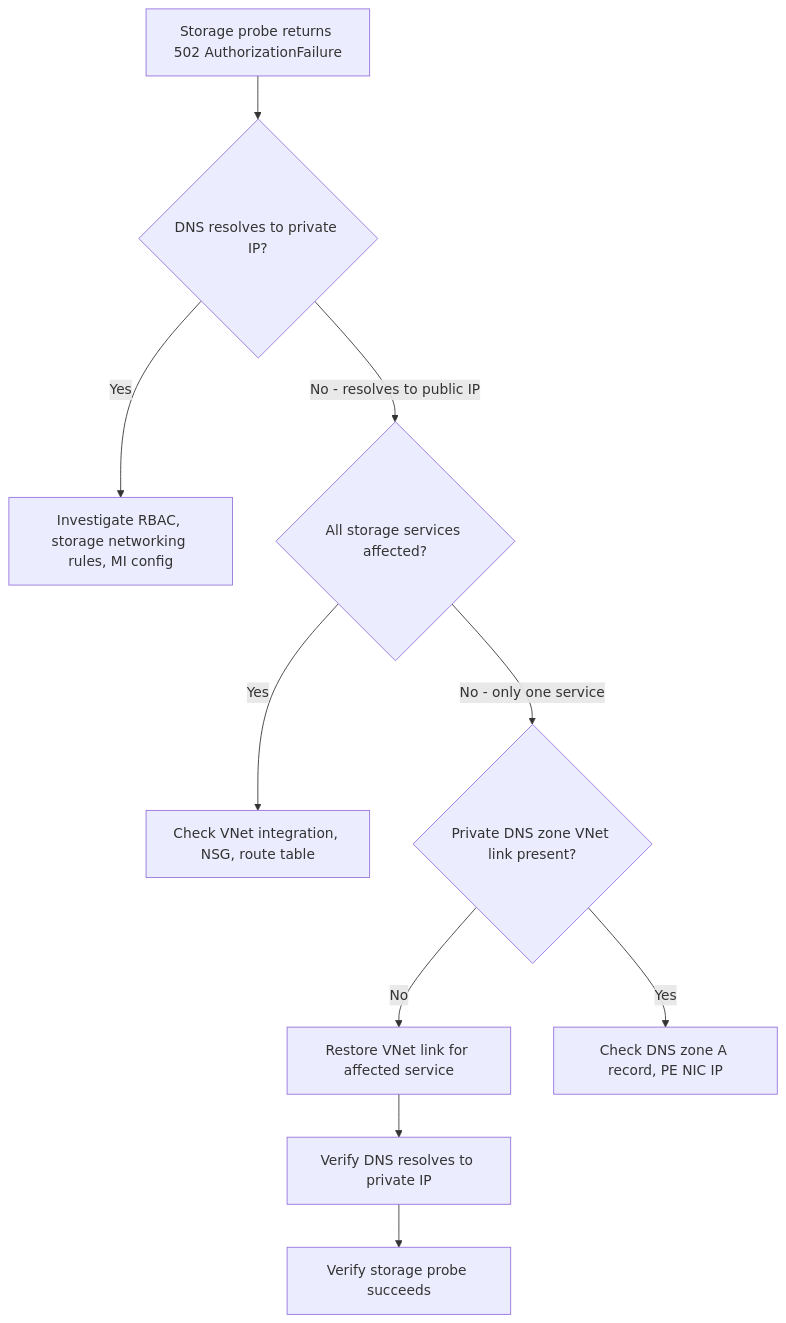
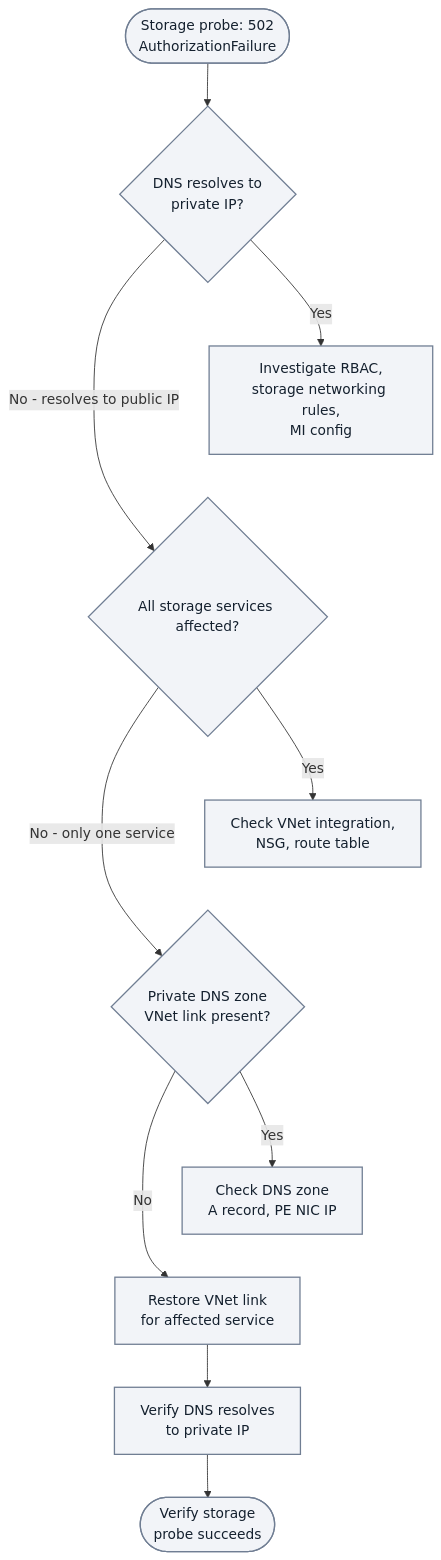
The fourth of 5 diagrams in docs/troubleshooting/lab-guides/dns-vnet-resolution.md (yeongseon/azure-functions-practical-guide), drawn with Mermaid before and after one commit. The commit also changed other lines of this file and 1 other file, not shown here.

First line of the commit message:
docs(diagrams): migrate Functions lab storage network auth — dns vnet resolution (#450)

````diff
--- a/docs/troubleshooting/lab-guides/dns-vnet-resolution.md
+++ b/docs/troubleshooting/lab-guides/dns-vnet-resolution.md
@@ -586,12 +624,20 @@
 ```mermaid
 flowchart TD
-    A[Storage probe returns 502 AuthorizationFailure] --> B{DNS resolves to private IP?}
-    B -->|Yes| C[Investigate RBAC, storage networking rules, MI config]
+    accTitle: Storage probe DNS triage decisions
+    accDescr: Diagnostic checks, not confirmed causes. A private DNS answer routes to RBAC, storage networking and managed identity checks; public resolution routes by affected-service scope and zone-link presence, retaining every Yes/No outcome and both recovery checks.
+    A(["Storage probe: 502<br/>AuthorizationFailure"]) --> B{"DNS resolves to<br/>private IP?"}
+    B -->|Yes| C["Investigate RBAC,<br/>storage networking rules,<br/>MI config"]
     B -->|No - resolves to public IP| D{All storage services affected?}
-    D -->|Yes| E[Check VNet integration, NSG, route table]
-    D -->|No - only one service| F{Private DNS zone VNet link present?}
-    F -->|No| G[Restore VNet link for affected service]
-    F -->|Yes| H[Check DNS zone A record, PE NIC IP]
-    G --> I[Verify DNS resolves to private IP]
-    I --> J[Verify storage probe succeeds]
+    D -->|Yes| E["Check VNet integration,<br/>NSG, route table"]
+    D -->|No - only one service| F{"Private DNS zone<br/>VNet link present?"}
+    F -->|No| G["Restore VNet link<br/>for affected service"]
+    F -->|Yes| H["Check DNS zone<br/>A record, PE NIC IP"]
+    G --> I["Verify DNS resolves<br/>to private IP"]
+    I --> J(["Verify storage<br/>probe succeeds"])
+    %% Layout-only links serialize checks; add no diagnostic steps or arrows.
+    C ~~~ D
+    E ~~~ F
+    H ~~~ G
+    classDef neutral fill:#f2f4f8,stroke:#707e93,stroke-width:1.5px,color:#14202e;
+    class A,B,C,D,E,F,G,H,I,J neutral;
 ```
````
